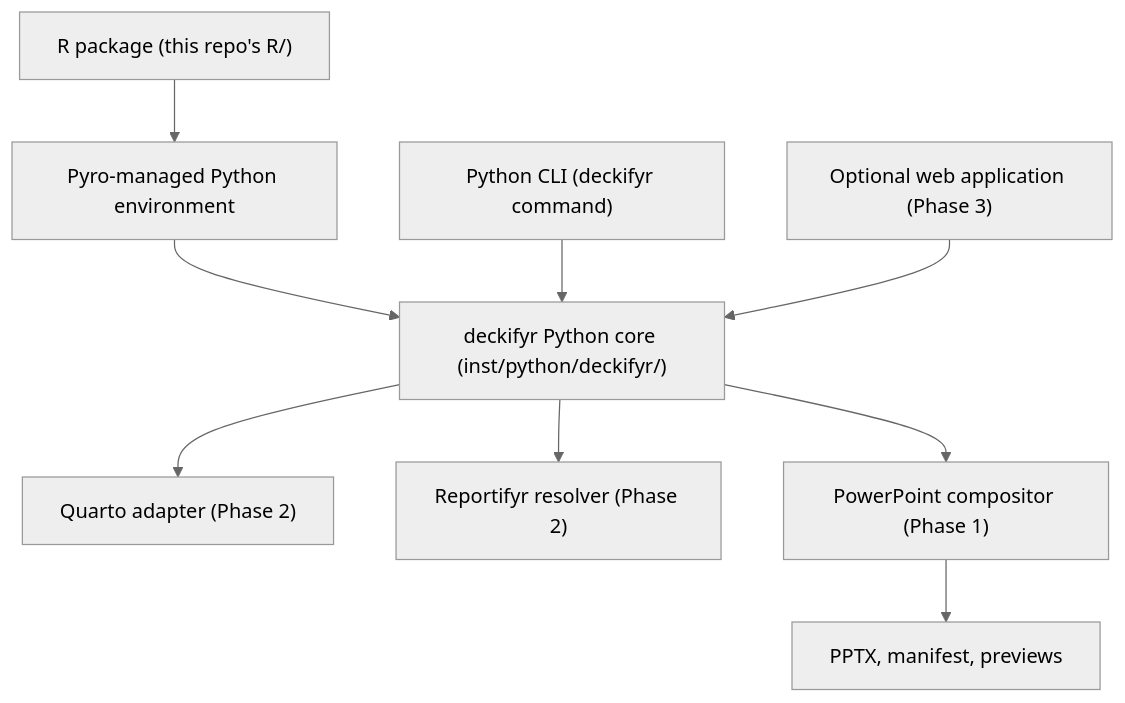
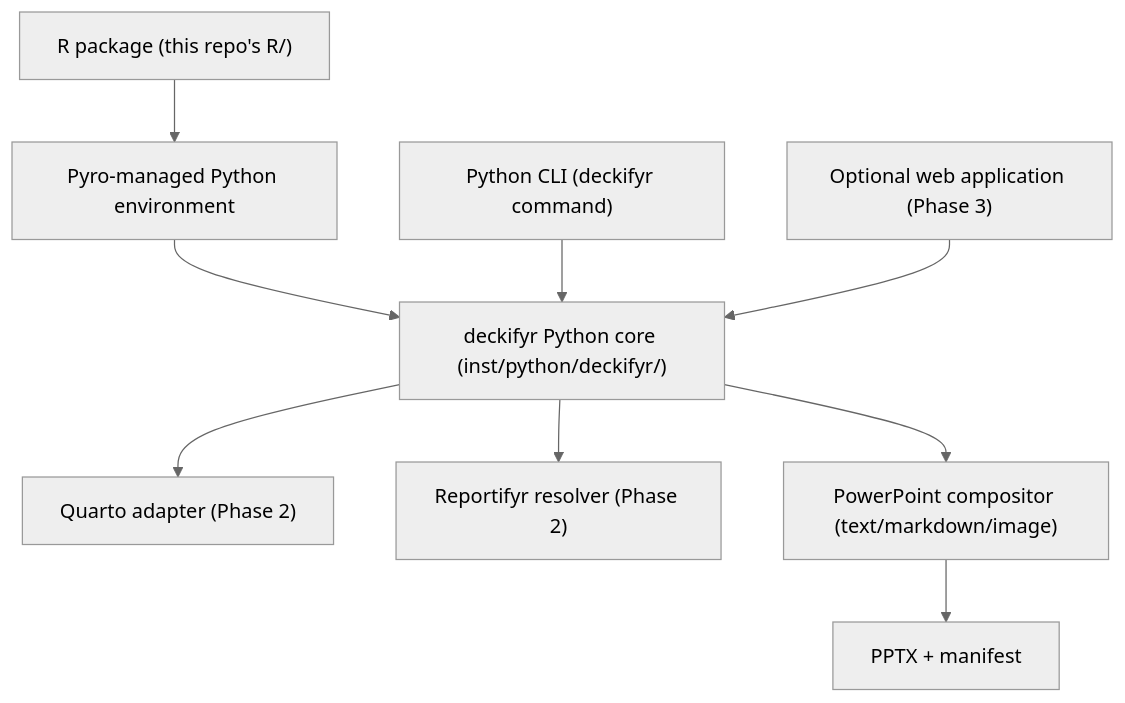
Before and after one commit to jprybylski/deckifyr: the diagram in README.md, drawn with Mermaid (neutral theme). The commit also changed other lines of this file and 23 other files, not shown here.

First line of the commit message:
Implement the PPTX compositor and add a real end-to-end demo deck

````diff
--- a/README.md
+++ b/README.md
@@ -33,11 +35,11 @@
 ```mermaid
 flowchart TD
     R["R package (this repo's R/)"] --> P["Pyro-managed Python environment"]
     P --> C["deckifyr Python core (inst/python/deckifyr/)"]
     CLI["Python CLI (deckifyr command)"] --> C
     WEB["Optional web application (Phase 3)"] --> C
     C --> Q["Quarto adapter (Phase 2)"]
     C --> RF["Reportifyr resolver (Phase 2)"]
-    C --> PPTX["PowerPoint compositor (Phase 1)"]
-    PPTX --> OUT["PPTX, manifest, previews"]
+    C --> PPTX["PowerPoint compositor (text/markdown/image)"]
+    PPTX --> OUT["PPTX + manifest"]
 ```
````
